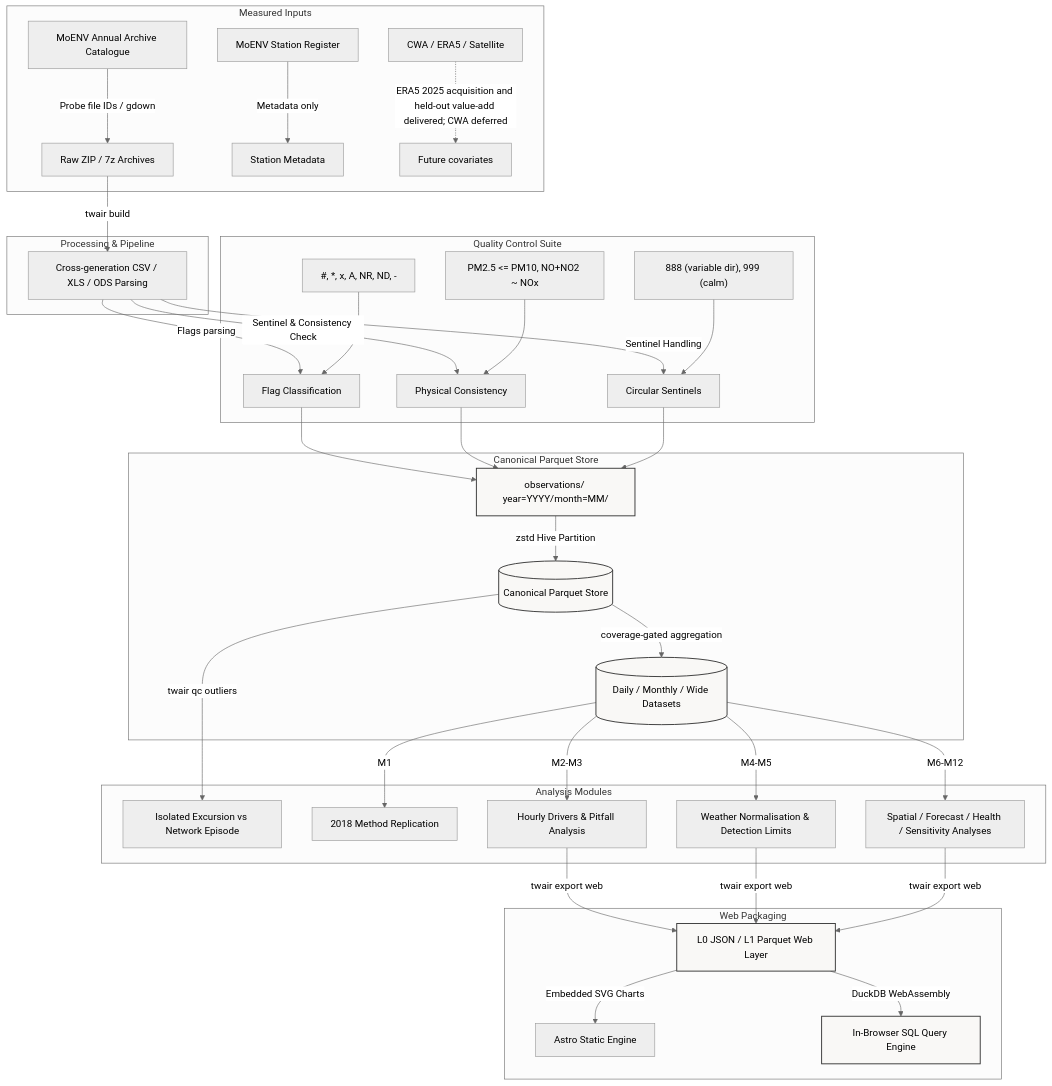
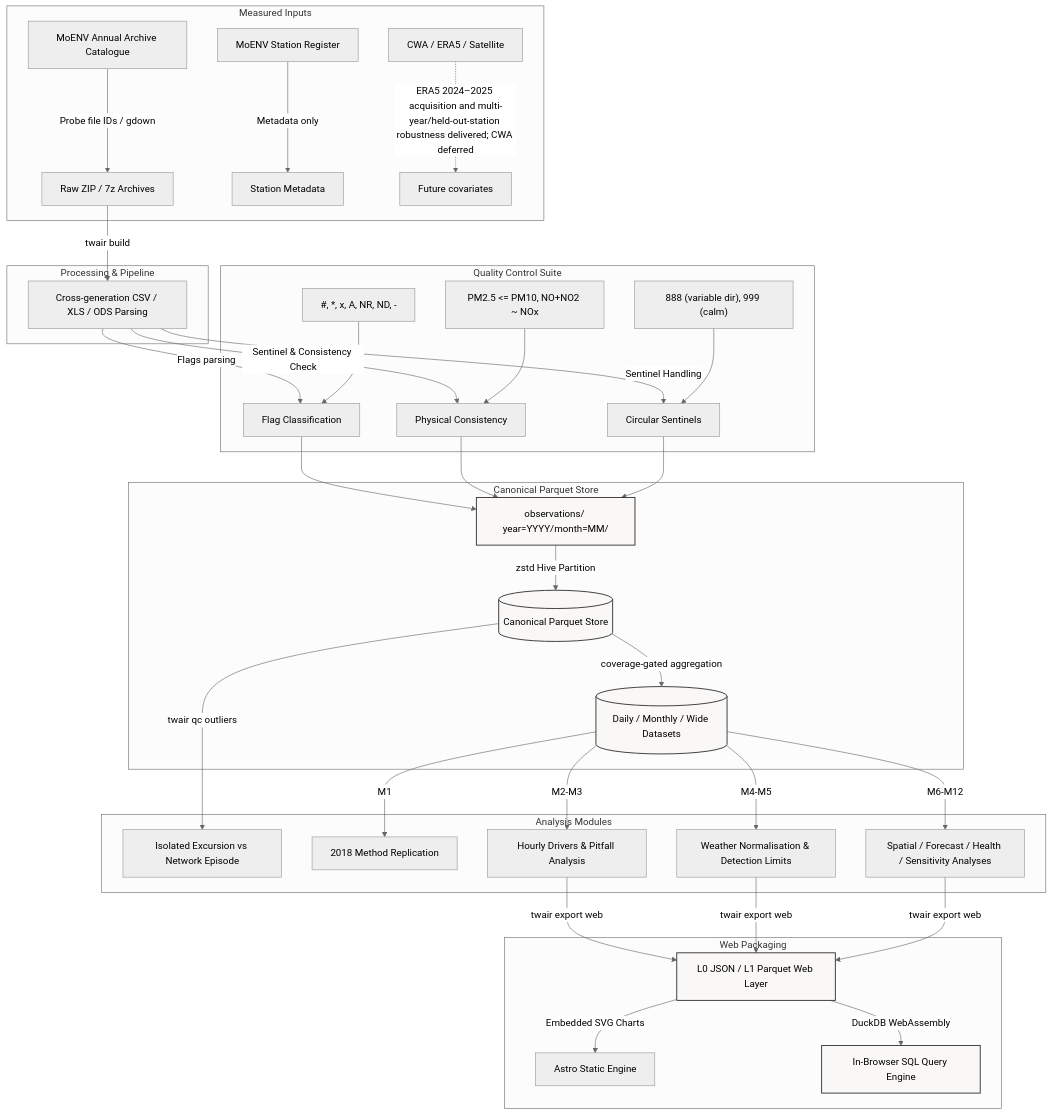
The diagram in README.en.md (kuotunyu/air-quality), drawn with Mermaid (neutral theme) before and after one commit. The commit also changed other lines of this file and 4 other files, not shown here.

First line of the commit message:
Record where ERA5 value transfers

````diff
--- a/README.en.md
+++ b/README.en.md
@@ -71,44 +71,44 @@
 ```mermaid
 flowchart TD
     subgraph Data Sources [Measured Inputs]
         A[MoENV Annual Archive Catalogue] -->|Probe file IDs / gdown| D[Raw ZIP / 7z Archives]
         B[MoENV Station Register] -->|Metadata only| S[Station Metadata]
-        C[CWA / ERA5 / Satellite] -.->|ERA5 2025 acquisition and held-out value-add delivered; CWA deferred| X[Future covariates]
+        C[CWA / ERA5 / Satellite] -.->|ERA5 2024–2025 acquisition and multi-year/held-out-station robustness delivered; CWA deferred| X[Future covariates]
     end
 
     subgraph Ingestion [Processing & Pipeline]
         D -->|twair build| G[Cross-generation CSV / XLS / ODS Parsing]
     end
 
     subgraph QC [Quality Control Suite]
         G -->|Flags parsing| H[Flag Classification]
         H_flag["#, *, x, A, NR, ND, -"] --> H
         G -->|Sentinel & Consistency Check| I[Physical Consistency]
         I_check["PM2.5 <= PM10, NO+NO2 ~ NOx"] --> I
         G -->|Sentinel Handling| J[Circular Sentinels]
         J_set["888 (variable dir), 999 (calm)"] --> J
     end
 
     subgraph Storage [Canonical Parquet Store]
         H & I & J --> K[observations/ year=YYYY/month=MM/]
         K -->|zstd Hive Partition| L[(Canonical Parquet Store)]
         L -->|coverage-gated aggregation| M[(Daily / Monthly / Wide Datasets)]
     end
 
     subgraph Analytics [Analysis Modules]
         L -->|twair qc outliers| N_out[Isolated Excursion vs Network Episode]
         M -->|M1| N[2018 Method Replication]
         M -->|M2-M3| O[Hourly Drivers & Pitfall Analysis]
         M -->|M4-M5| P[Weather Normalisation & Detection Limits]
         M -->|M6-M12| T[Spatial / Forecast / Health / Sensitivity Analyses]
     end
 
     subgraph Export [Web Packaging]
         O & P & T -->|twair export web| Q_json[L0 JSON / L1 Parquet Web Layer]
         Q_json -->|Embedded SVG Charts| R_astro[Astro Static Engine]
         Q_json -->|DuckDB WebAssembly| S_wasm[In-Browser SQL Query Engine]
     end
 
     classDef tech fill:#f9f8f6,stroke:#333,stroke-width:1.5px;
     class K,L,M,Q_json,S_wasm tech;
 ```
````
